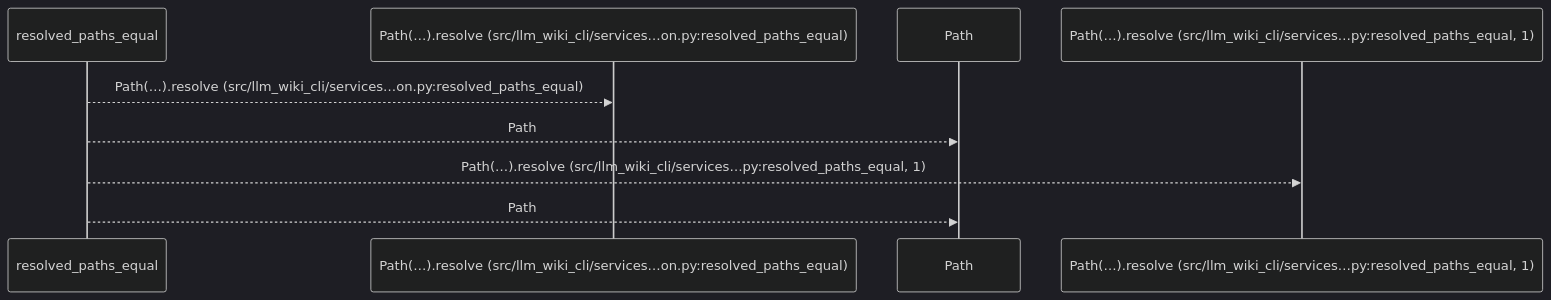
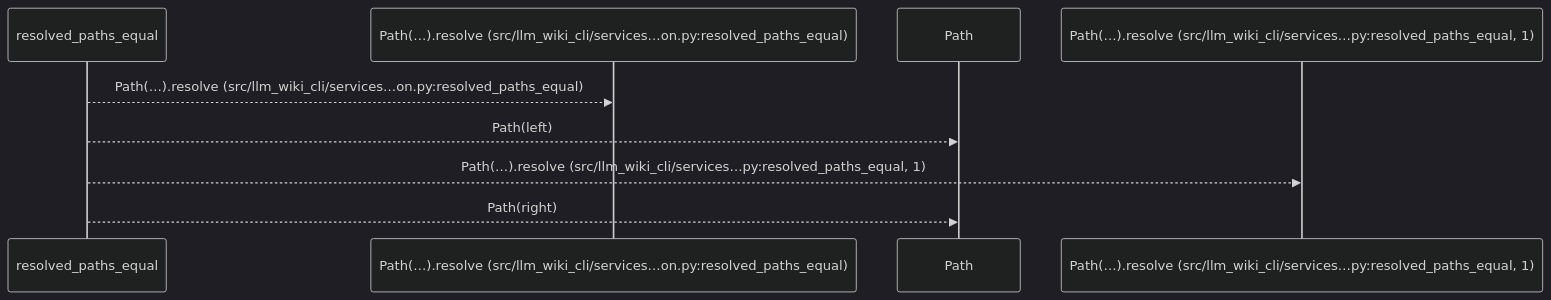
Before and after one commit to Denissvgn/python-wiki-llm: the first of 2 diagrams in docs/llm_wiki/flows/api-resolved_paths_equal.md, drawn with Mermaid (dark theme). The commit also changed other lines of this file and 1410 other files, not shown here.

````diff
--- a/docs/llm_wiki/flows/api-resolved_paths_equal.md
+++ b/docs/llm_wiki/flows/api-resolved_paths_equal.md
@@ -10,11 +12,11 @@
 ```mermaid
 sequenceDiagram
     participant p0 as resolved_paths_equal
     participant p1 as Path(…).resolve (src/llm_wiki_cli/services…on.py:resolved_paths_equal)
     participant p2 as Path
     participant p3 as Path(…).resolve (src/llm_wiki_cli/services…py:resolved_paths_equal, 1)
     p0-->>p1: Path(…).resolve (src/llm_wiki_cli/services…on.py:resolved_paths_equal)
-    p0-->>p2: Path
+    p0-->>p2: Path(left)
     p0-->>p3: Path(…).resolve (src/llm_wiki_cli/services…py:resolved_paths_equal, 1)
-    p0-->>p2: Path
+    p0-->>p2: Path(right)
 ```
````
